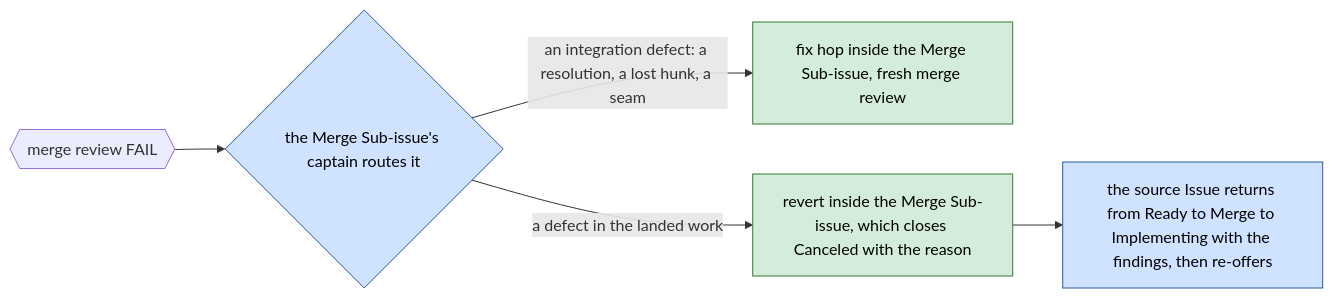
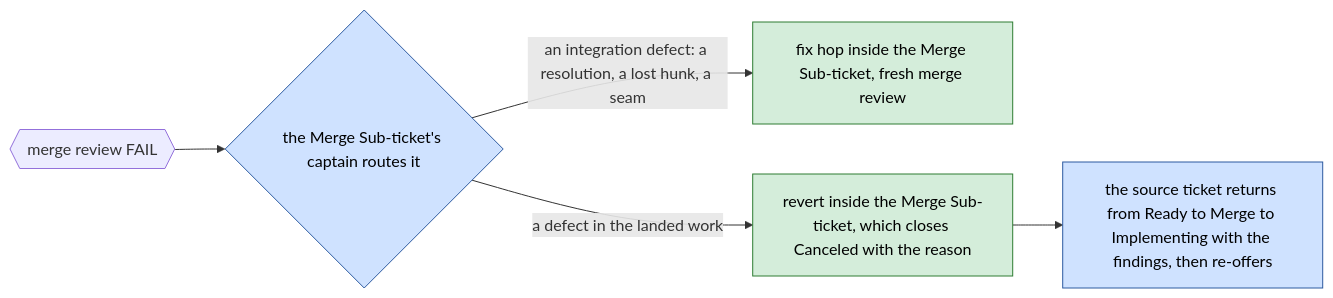
The eighth of 12 diagrams in dydo/understand/control-flow.md (bodnarbalazs/dydo), drawn with Mermaid before and after one commit. The commit also changed other lines of this file and 4 other files, not shown here.

````diff
--- a/dydo/understand/control-flow.md
+++ b/dydo/understand/control-flow.md
@@ -533,9 +533,9 @@
 ```mermaid
 flowchart LR
   classDef officer fill:#cfe2ff,stroke:#2c5aa0,color:#000
   classDef crew fill:#d4edda,stroke:#2e7d32,color:#000
-  RM{{merge review FAIL}} --> RT{the Merge Sub-issue's captain routes it}:::officer
-  RT -->|an integration defect: a resolution, a lost hunk, a seam| FX[fix hop inside the Merge Sub-issue, fresh merge review]:::crew
-  RT -->|a defect in the landed work| RV[revert inside the Merge Sub-issue, which closes Canceled with the reason]:::crew
-  RV --> SRC[the source Issue returns from Ready to Merge to Implementing with the findings, then re-offers]:::officer
+  RM{{merge review FAIL}} --> RT{the Merge Sub-ticket's captain routes it}:::officer
+  RT -->|an integration defect: a resolution, a lost hunk, a seam| FX[fix hop inside the Merge Sub-ticket, fresh merge review]:::crew
+  RT -->|a defect in the landed work| RV[revert inside the Merge Sub-ticket, which closes Canceled with the reason]:::crew
+  RV --> SRC[the source ticket returns from Ready to Merge to Implementing with the findings, then re-offers]:::officer
 ```
````
